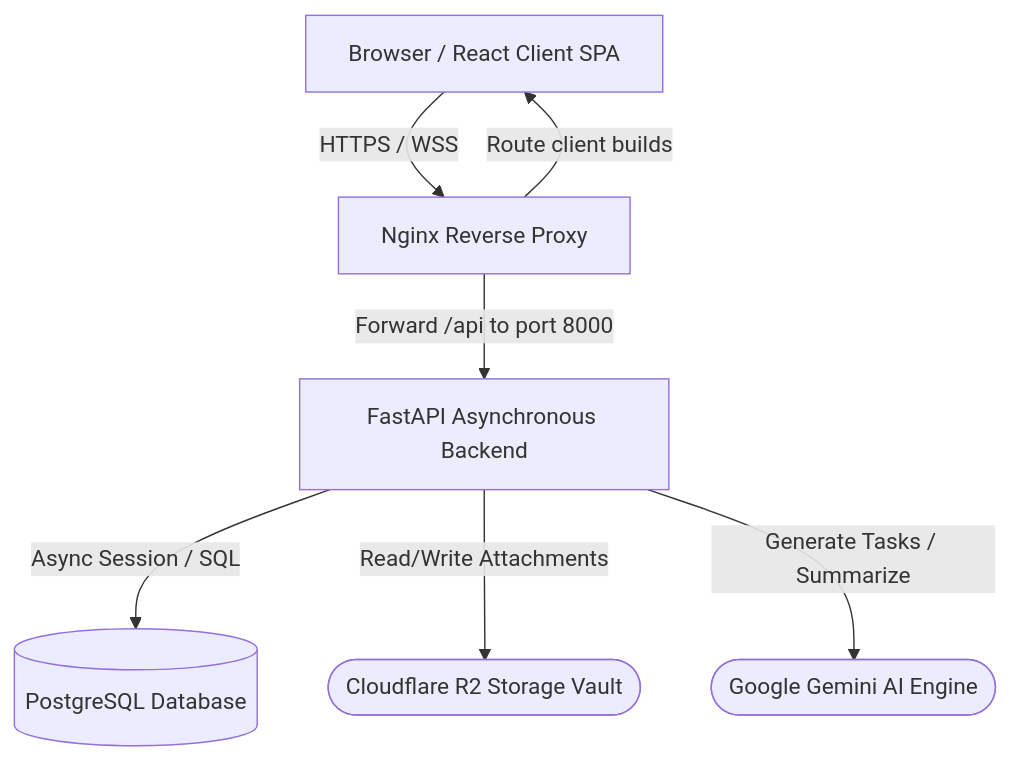
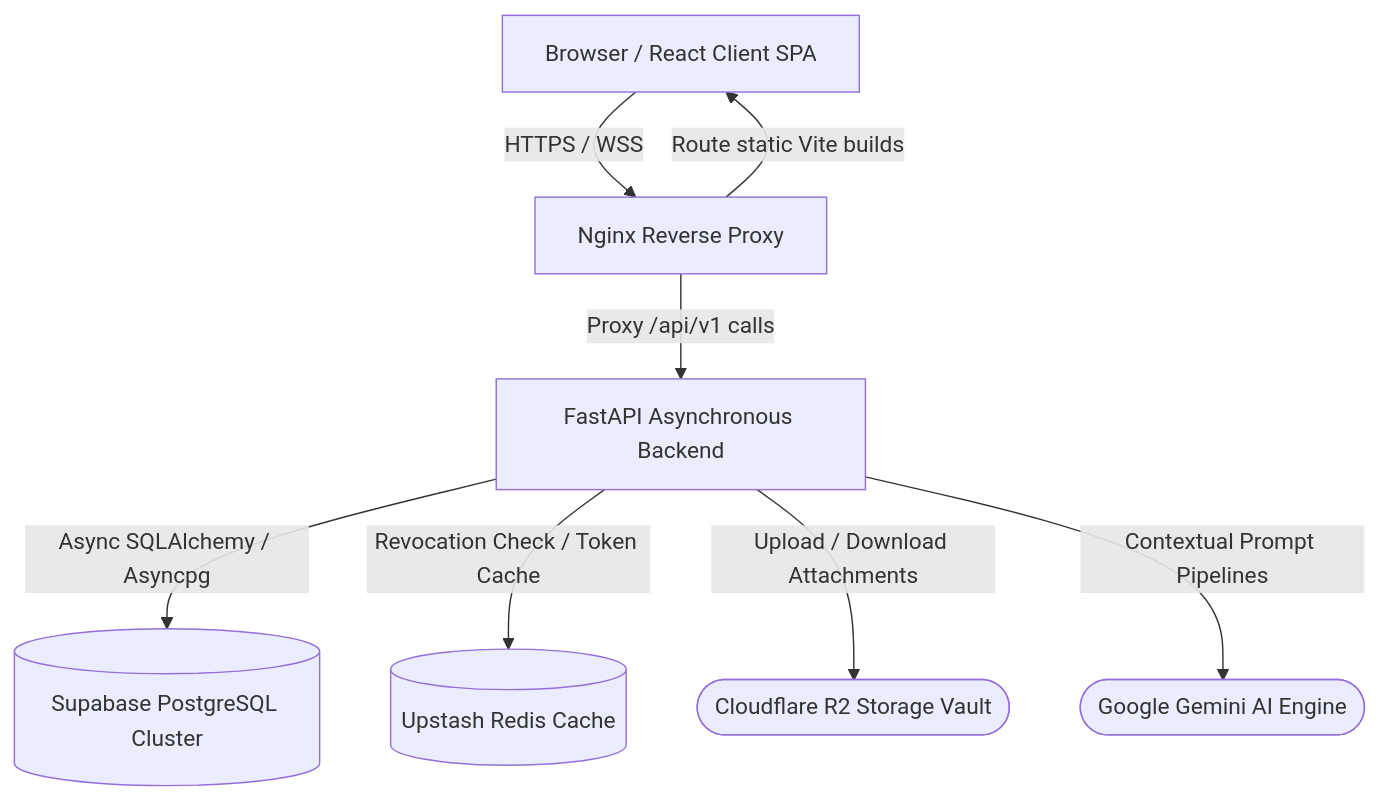
Before and after one commit to Cholan-kinnera/nexus: the first of 2 diagrams in README.md, drawn with Mermaid. The commit also changed other lines of this file and 1 other file, not shown here.

Commit message:
docs: redesign README for premium SaaS representation with diagrams and engineering case studies

````diff
--- a/README.md
+++ b/README.md
@@ -34,16 +160,18 @@
 ```mermaid
 graph TD
     Client[Browser / React Client SPA]
     Nginx[Nginx Reverse Proxy]
     API[FastAPI Asynchronous Backend]
-    DB[(PostgreSQL Database)]
+    DB[(Supabase PostgreSQL Cluster)]
+    Redis[(Upstash Redis Cache)]
     R2([Cloudflare R2 Storage Vault])
-    AI([Google Gemini AI Engine])
+    Gemini([Google Gemini AI Engine])
 
     Client -->|HTTPS / WSS| Nginx
-    Nginx -->|Route client builds| Client
-    Nginx -->|Forward /api to port 8000| API
-    API -->|Async Session / SQL| DB
-    API -->|Read/Write Attachments| R2
-    API -->|Generate Tasks / Summarize| AI
+    Nginx -->|Route static Vite builds| Client
+    Nginx -->|Proxy /api/v1 calls| API
+    API -->|Async SQLAlchemy / Asyncpg| DB
+    API -->|Revocation Check / Token Cache| Redis
+    API -->|Upload / Download Attachments| R2
+    API -->|Contextual Prompt Pipelines| Gemini
 ```
````
